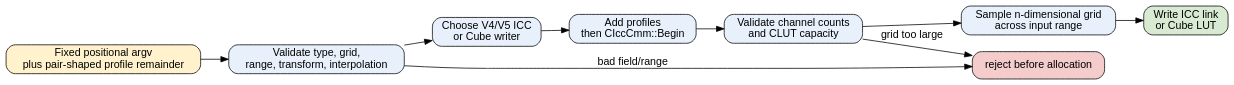
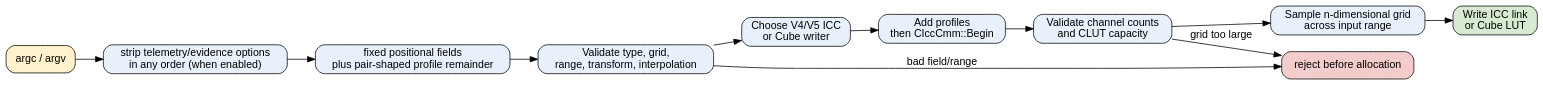
The diagram in docs/iccapply/diagrams/tolink-lane.dot (InternationalColorConsortium/iccDEV), drawn with Graphviz before and after one commit. The commit also changed 72 other files, not shown here.

```diff
--- a/docs/iccapply/diagrams/tolink-lane.dot
+++ b/docs/iccapply/diagrams/tolink-lane.dot
@@ -1,16 +1,18 @@
 digraph tolink_lane {
   graph [rankdir=LR, bgcolor="transparent", fontname="Helvetica"];
   node [shape=box, style="rounded,filled", fontname="Helvetica", fillcolor="#e8f1fb"];
   edge [fontname="Helvetica"];
-  entry [label="Fixed positional argv\nplus pair-shaped profile remainder", fillcolor="#fff2cc"];
+  entry [label="argc / argv", fillcolor="#fff2cc"];
+  global [label="strip telemetry/evidence options\nin any order (when enabled)"];
+  positional [label="fixed positional fields\nplus pair-shaped profile remainder"];
   validate [label="Validate type, grid,\nrange, transform, interpolation"];
   writer [label="Choose V4/V5 ICC\nor Cube writer"];
   cmm [label="Add profiles\nthen CIccCmm::Begin"];
   capacity [label="Validate channel counts\nand CLUT capacity"];
   grid [label="Sample n-dimensional grid\nacross input range"];
   output [label="Write ICC link\nor Cube LUT", fillcolor="#d9ead3"];
   reject [label="reject before allocation", fillcolor="#f4cccc"];
-  entry -> validate -> writer -> cmm -> capacity -> grid -> output;
+  entry -> global -> positional -> validate -> writer -> cmm -> capacity -> grid -> output;
   validate -> reject [label="bad field/range"];
   capacity -> reject [label="grid too large"];
 }
```
